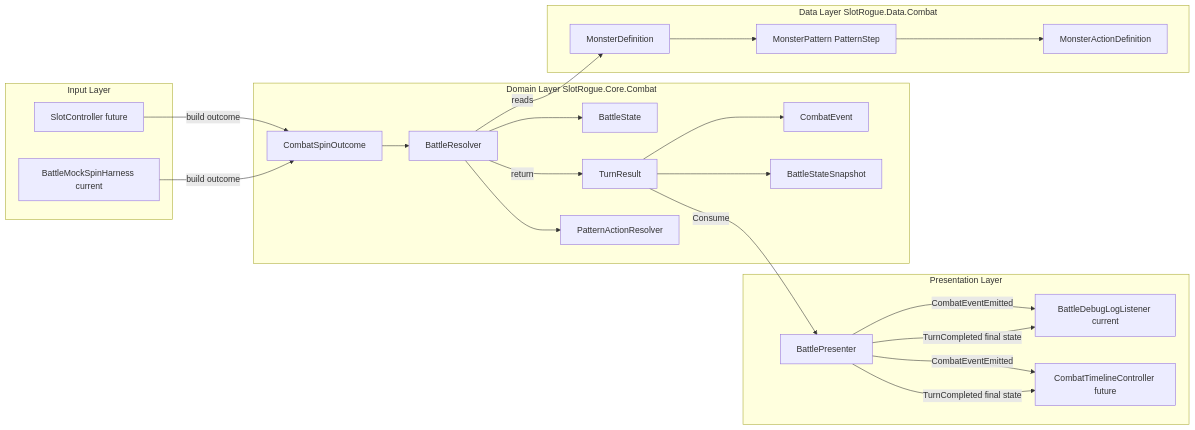
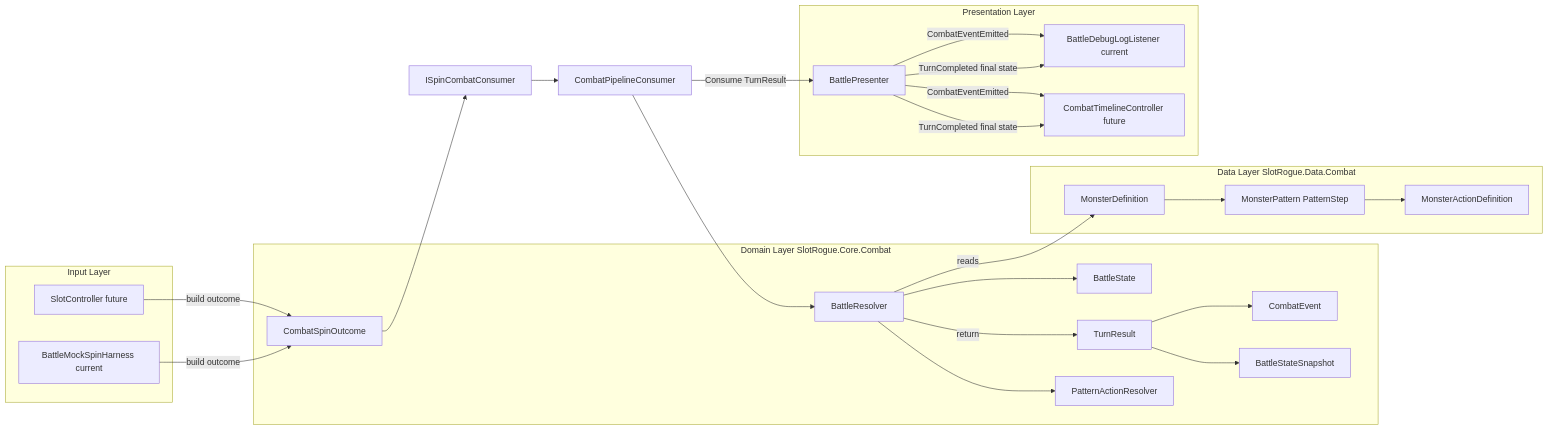
One commit to YooKyubin/SlotRogue changed the first of 2 diagrams in docs/guides/combat-core-walkthrough.md. Above: the diagram before and after it, drawn with Mermaid. The commit also changed other lines of this file and 11 other files, not shown here.

First line of the commit message:
refactor(combat): add CombatPipelineConsumer for ISpinCombatConsumer entry

````diff
--- a/docs/guides/combat-core-walkthrough.md
+++ b/docs/guides/combat-core-walkthrough.md
@@ -73,49 +72,51 @@
 ```mermaid
 flowchart LR
   subgraph inputLayer [Input Layer]
     Slot[SlotController future]
     Mock[BattleMockSpinHarness current]
   end
 
   subgraph domainLayer [Domain Layer SlotRogue.Core.Combat]
     Resolver[BattleResolver]
     State[BattleState]
     SpinDTO[CombatSpinOutcome]
     TurnResult[TurnResult]
     EventDTO[CombatEvent]
     Snapshot[BattleStateSnapshot]
     PatternResolver[PatternActionResolver]
   end
 
   subgraph dataLayer [Data Layer SlotRogue.Data.Combat]
     MonsterDef[MonsterDefinition]
     MonsterPattern[MonsterPattern PatternStep]
     MonsterActionDef[MonsterActionDefinition]
   end
 
   subgraph presentationLayer [Presentation Layer]
     Presenter[BattlePresenter]
     DebugListener[BattleDebugLogListener current]
     UITimeline[CombatTimelineController future]
   end
 
   Slot -->|build outcome| SpinDTO
   Mock -->|build outcome| SpinDTO
-  SpinDTO --> Resolver
+  SpinDTO --> Consumer[ISpinCombatConsumer]
+  Consumer --> Adapter[CombatPipelineConsumer]
+  Adapter --> Resolver
 
   Resolver -->|reads| MonsterDef
   MonsterDef --> MonsterPattern
   MonsterPattern --> MonsterActionDef
   Resolver --> PatternResolver
 
   Resolver --> State
   Resolver -->|return| TurnResult
   TurnResult --> EventDTO
   TurnResult --> Snapshot
 
-  TurnResult -->|Consume| Presenter
+  Adapter -->|Consume TurnResult| Presenter
   Presenter -->|CombatEventEmitted| DebugListener
   Presenter -->|CombatEventEmitted| UITimeline
   Presenter -->|TurnCompleted final state| DebugListener
   Presenter -->|TurnCompleted final state| UITimeline
 ```
````
